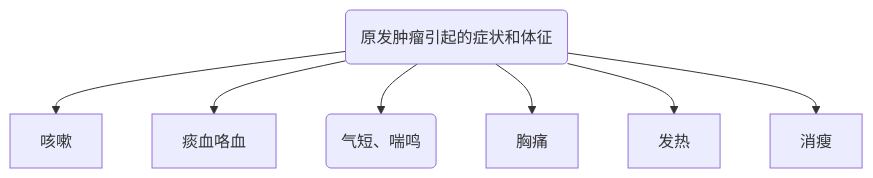
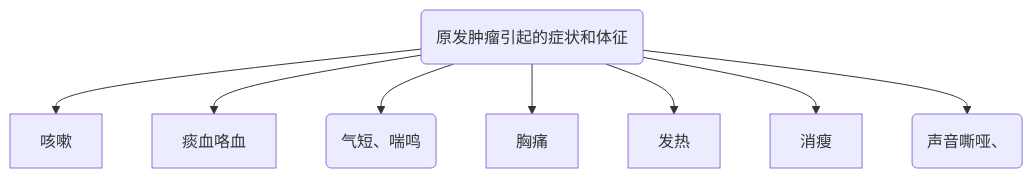
The fifth of 5 diagrams in 大三下/内科学.md (viket-vista/Notes), drawn with Mermaid before and after one commit. The commit also changed other lines of this file, not shown here.

````diff
--- a/大三下/内科学.md
+++ b/大三下/内科学.md
@@ -165,9 +165,10 @@
 ```mermaid
-graph 
+graph TD
 A(原发肿瘤引起的症状和体征) --> 咳嗽
 A --> 痰血咯血
 A --> B("气短、喘鸣")
 A --> 胸痛
 A --> 发热
 A --> 消瘦
+A --> C("声音嘶哑、")
 ```
````
